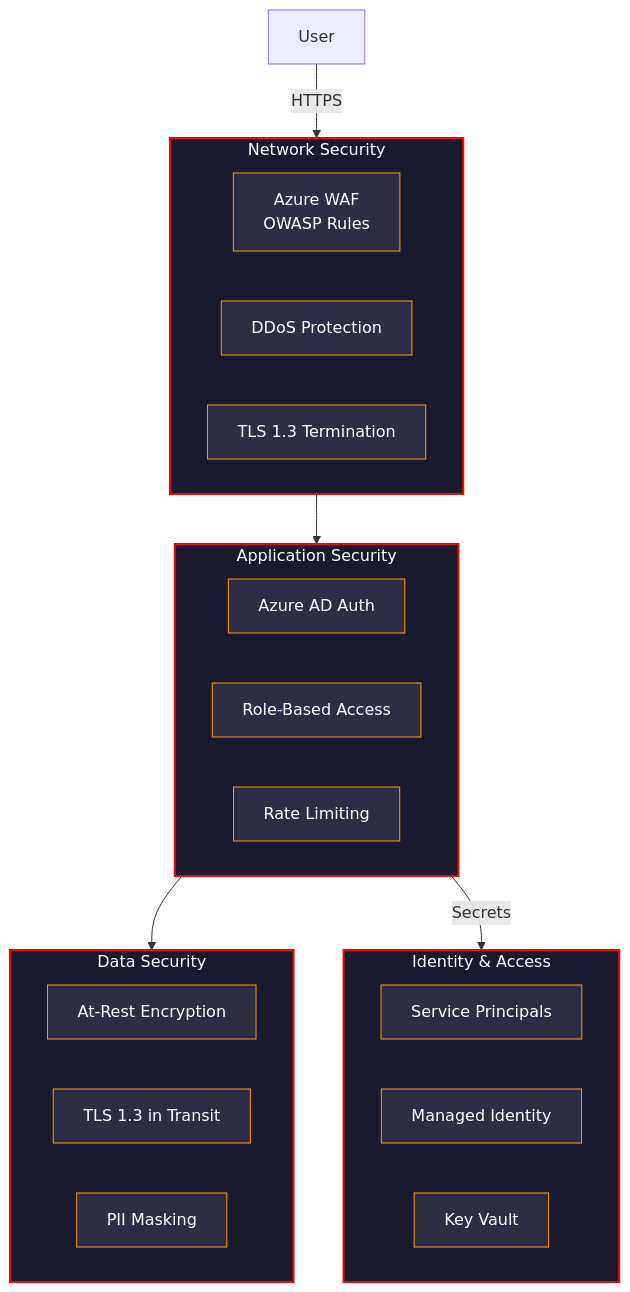
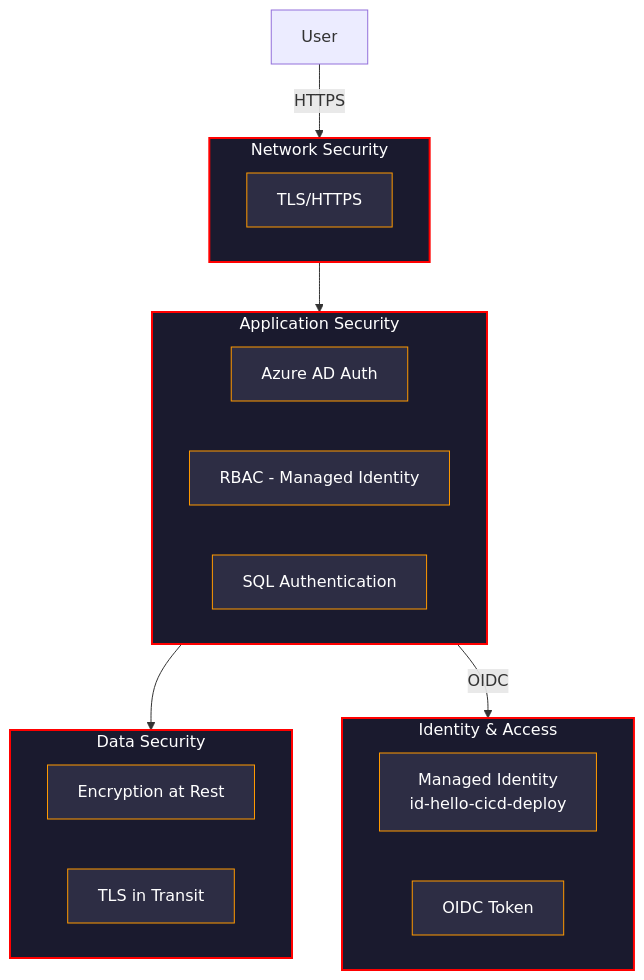
One commit to mela-malen/hello-cicd changed the eighth of 9 diagrams in docs/diagrams.md. Above: the diagram before and after it, drawn with Mermaid. The commit also changed other lines of this file and 3 other files, not shown here.

First line of the commit message:
docs: update infrastructure diagrams with real Azure resources

````diff
--- a/docs/diagrams.md
+++ b/docs/diagrams.md
@@ -410,39 +370,33 @@
 ```mermaid
 flowchart TB
     subgraph Perimeter["Network Security"]
-        WAF["Azure WAF\nOWASP Rules"]
-        DDoS["DDoS Protection"]
-        TLS["TLS 1.3 Termination"]
+        TLS["TLS/HTTPS"]
     end
 
     subgraph Application["Application Security"]
         Auth["Azure AD Auth"]
-        RBAC["Role-Based Access"]
-        Rate["Rate Limiting"]
+        RBAC["RBAC - Managed Identity"]
+        SQLAuth["SQL Authentication"]
     end
 
     subgraph Data["Data Security"]
-        Encryption["At-Rest Encryption"]
-        TLSData["TLS 1.3 in Transit"]
-        Masking["PII Masking"]
+        Encryption["Encryption at Rest"]
+        TLSData["TLS in Transit"]
     end
 
     subgraph Identity["Identity & Access"]
-        SP["Service Principals"]
-        MI["Managed Identity"]
-        Secrets["Key Vault"]
+        MI["Managed Identity\nid-hello-cicd-deploy"]
+        OIDC["OIDC Token"]
     end
 
-    %% Connections
     User -->|HTTPS| Perimeter
     Perimeter --> Application
     Application --> Data
-    Application -->|Secrets| Identity
+    Application -->|OIDC| Identity
 
-    %% Styling
     classDef security fill:#1a1a2e,stroke:#ff0000,stroke-width:2px,color:#fff
     classDef component fill:#2d2d44,stroke:#ff9900,stroke-width:1px,color:#fff
 
     class Perimeter,Application,Data,Identity security
-    class WAF,DDoS,TLS,Auth,RBAC,Rate,Encryption,TLSData,Masking,SP,MI,Secrets component
+    class TLS,Auth,RBAC,SQLAuth,Encryption,TLSData,MI,OIDC component
 ```
````
